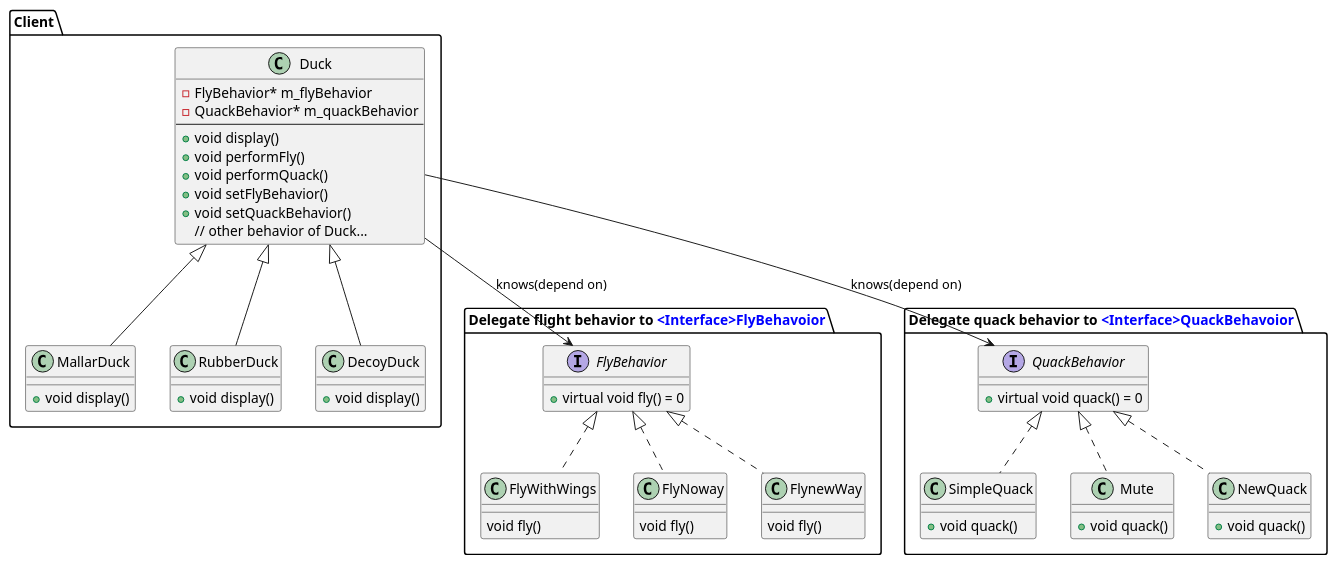
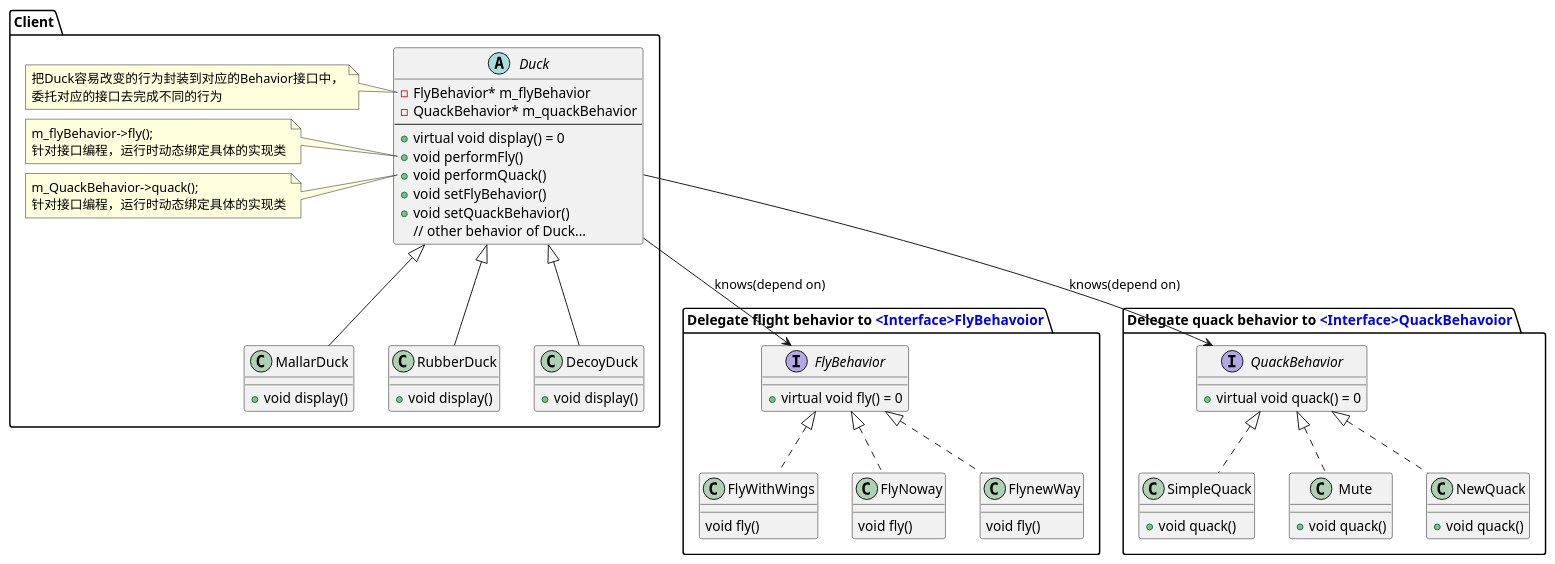
One commit to jwbecalm/Head-First-Design-Patterns-in-CPP changed the diagram in ch01_Strategy/plantuml/Strategy_class.plantuml. Above: the diagram before and after it, drawn with PlantUML. The commit also changed 6 other files, not shown here.

```diff
--- a/ch01_Strategy/plantuml/Strategy_class.plantuml
+++ b/ch01_Strategy/plantuml/Strategy_class.plantuml
@@ -1,71 +1,76 @@
 @startuml Strategy Pattern
 
 package "Client"{
-class Duck
+Abstract class Duck
 {
     - FlyBehavior* m_flyBehavior
     - QuackBehavior* m_quackBehavior
     --
-    + void display()
+    + virtual void display() = 0
     + void performFly()
     + void performQuack()
     + void setFlyBehavior()
     + void setQuackBehavior()
     // other behavior of Duck...
 }
-' note left of Duck::m_flyBehavior
-' 把Duck容易改变的行为封装到对应的Behavior接口中，
-' 委托对应的接口去完成不同的行为
-' end note
+note left of Duck::m_flyBehavior
+把Duck容易改变的行为封装到对应的Behavior接口中，
+委托对应的接口去完成不同的行为
+end note
 
-' note left of Duck::performFly
-' 在perform方法中委托接口的fly(), quack()方法
-' 针对fly(),quack()接口编程，运行时动态绑定具体的实现类
-' end note
+note left of Duck::performFly
+m_flyBehavior->fly();  
+针对接口编程，运行时动态绑定具体的实现类
+end note
+
+note left of Duck::performQuack
+m_QuackBehavior->quack();  
+针对接口编程，运行时动态绑定具体的实现类
+end note
 
 class MallarDuck extends Duck{
     +void display()
 }
 
 class RubberDuck extends Duck{
     +void display()
 }
 class DecoyDuck extends Duck{
     +void display()
 }
 }
 package "Delegate flight behavior to <color:blue><Interface>FlyBehavoior" {
 Duck -->FlyBehavior: knows(depend on)
 interface FlyBehavior{
     + virtual void fly() = 0
 }
 
 
 class FlyWithWings implements FlyBehavior{
     void fly()
 }
 class FlyNoway implements FlyBehavior{
     void fly()
 }
 class FlynewWay implements FlyBehavior{
     void fly()
 }
 }
 
 package "Delegate quack behavior to <color:blue><Interface>QuackBehavoior"{
 Duck -->QuackBehavior: knows(depend on)
 
 interface QuackBehavior{
     + virtual void quack() = 0
 }
 class SimpleQuack implements QuackBehavior{
     + void quack()
 }
 class Mute implements QuackBehavior{
     + void quack()
 }
 class NewQuack implements QuackBehavior{
     + void quack()
 }
 }
 @enduml
```
